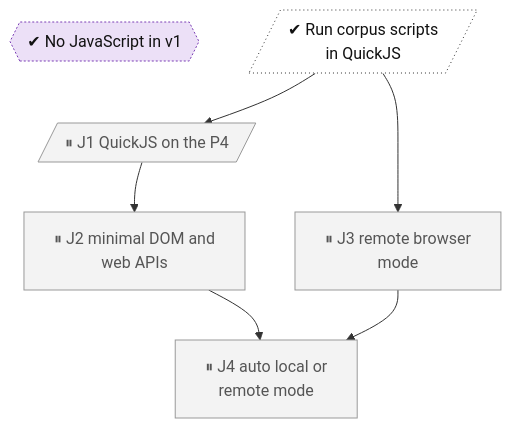
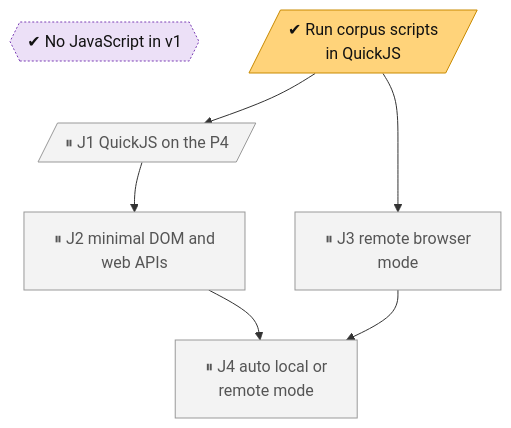
The diagram in docs/roadmap/tracks/js.md (lhns/embedded-browser), drawn with Mermaid before and after one commit. The commit also changed other lines of this file and 4 other files, not shown here.

Commit message:
Roadmap: owner-confirmed ratings for the M0 spikes

````diff
--- a/docs/roadmap/tracks/js.md
+++ b/docs/roadmap/tracks/js.md
@@ -10,37 +10,37 @@
 ```mermaid
 flowchart TB
     js_no_js_in_v1{{"✔ No JavaScript in v1"}}
     js_host_spike[/"✔ Run corpus scripts<br/>in QuickJS"/]
     js_j1_quickjs_on_p4[/"⏸ J1 QuickJS on the P4"/]
     js_j2_minimal_dom_apis["⏸ J2 minimal DOM and<br/>web APIs"]
     js_j3_remote_mode["⏸ J3 remote browser<br/>mode"]
     js_j4_auto_mode["⏸ J4 auto local or<br/>remote mode"]
     js_no_js_in_v1 ~~~ js_j1_quickjs_on_p4
     js_host_spike ~~~ js_j1_quickjs_on_p4
     js_j1_quickjs_on_p4 ~~~ js_j2_minimal_dom_apis
     js_j1_quickjs_on_p4 ~~~ js_j3_remote_mode
     js_j2_minimal_dom_apis ~~~ js_j4_auto_mode
     js_j3_remote_mode ~~~ js_j4_auto_mode
     js_host_spike --> js_j1_quickjs_on_p4
     js_j1_quickjs_on_p4 --> js_j2_minimal_dom_apis
     js_host_spike --> js_j3_remote_mode
     js_j2_minimal_dom_apis --> js_j4_auto_mode
     js_j3_remote_mode --> js_j4_auto_mode
     classDef vsucc fill:#2e9e4f,stroke:#1b6b34,color:#fff
     classDef succ fill:#bfe8c8,stroke:#2e9e4f,color:#111
     classDef mixed fill:#ffd37a,stroke:#c98a00,color:#111
     classDef bad fill:#f28b82,stroke:#b3261e,color:#111
     classDef dead fill:#e6e6e6,stroke:#777,stroke-dasharray:5 5,color:#555
     classDef inprog fill:#a8cdf5,stroke:#1f6fc5,color:#111
     classDef next fill:#fff,stroke:#333,color:#111
     classDef blocked fill:#fff,stroke:#b3261e,stroke-dasharray:2 2,color:#111
     classDef parked fill:#f3f3f3,stroke:#999,color:#555
     classDef unrated fill:#fff,stroke:#333,stroke-dasharray:1 3,color:#111
     classDef gate fill:#d9c2f0,stroke:#7b3fb5,color:#111
     classDef decided fill:#ece0f7,stroke:#7b3fb5,stroke-dasharray:2 2,color:#111
     classDef finding fill:#ffe0b2,stroke:#d84315,stroke-width:2px,color:#111
     classDef waiting fill:#e3f2fd,stroke:#1f6fc5,stroke-dasharray:5 5,color:#111
     class js_no_js_in_v1 decided
-    class js_host_spike unrated
+    class js_host_spike mixed
     class js_j1_quickjs_on_p4,js_j2_minimal_dom_apis,js_j3_remote_mode,js_j4_auto_mode parked
 ```
````
